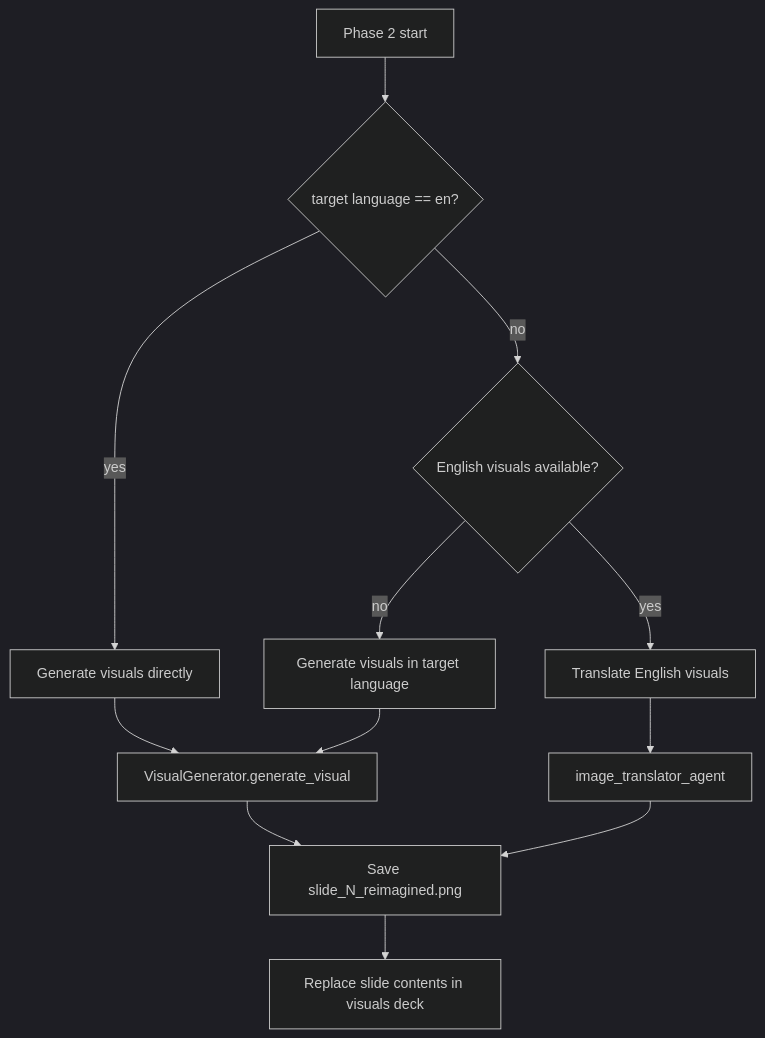
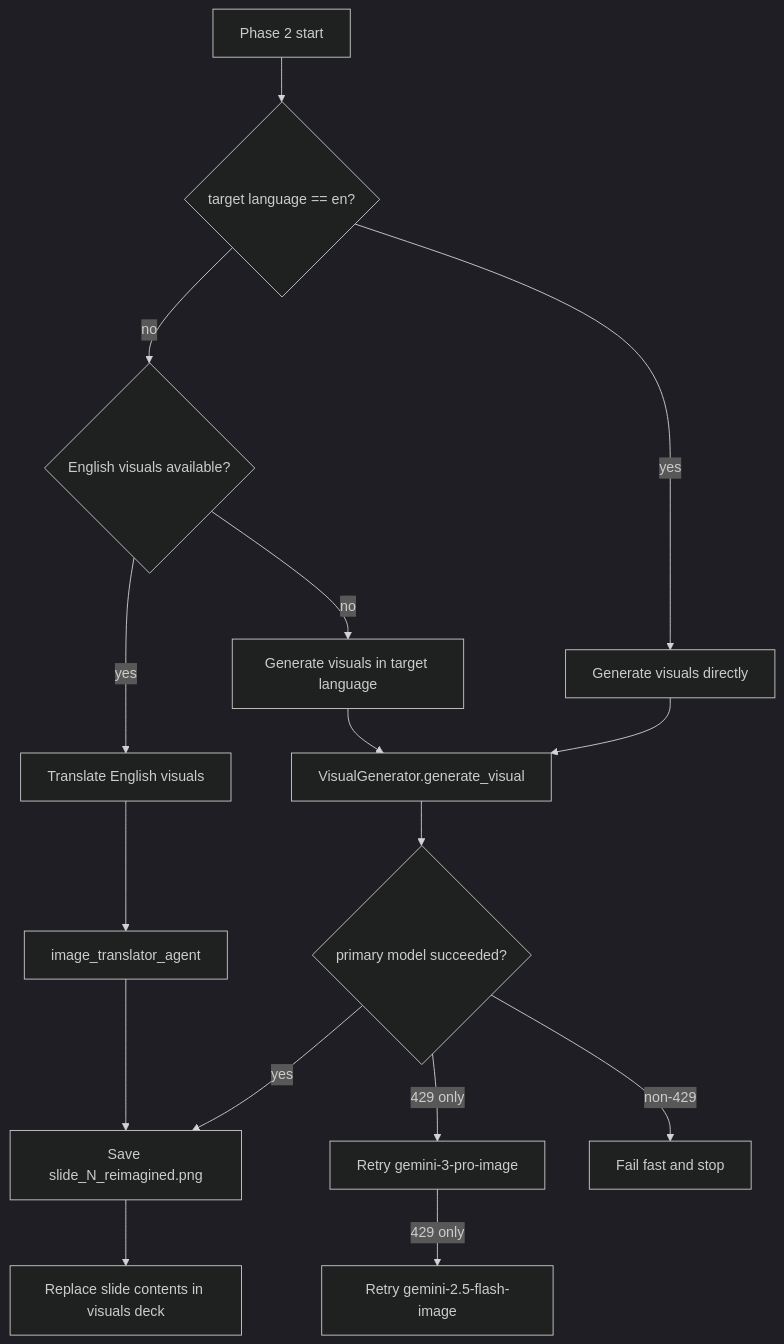
The fourth of 4 diagrams in docs/ARCHITECTURE.md (wongcyrus/gemini-powerpoint-sage), drawn with Mermaid (dark theme) before and after one commit. The commit also changed other lines of this file and 7 other files, not shown here.

````diff
--- a/docs/ARCHITECTURE.md
+++ b/docs/ARCHITECTURE.md
@@ -148,15 +148,19 @@
 ```mermaid
 flowchart TD
     A[Phase 2 start] --> B{target language == en?}
     B -->|yes| C[Generate visuals directly]
     B -->|no| D{English visuals available?}
     D -->|yes| E[Translate English visuals]
     D -->|no| F[Generate visuals in target language]
 
     C --> G[VisualGenerator.generate_visual]
     E --> H[image_translator_agent]
     F --> G
-    G --> I[Save slide_N_reimagined.png]
-    H --> I
-    I --> J[Replace slide contents in visuals deck]
+    G --> I{primary model succeeded?}
+    I -->|yes| J[Save slide_N_reimagined.png]
+    I -->|429 only| K[Retry gemini-3-pro-image]
+    K -->|429 only| L[Retry gemini-2.5-flash-image]
+    I -->|non-429| M[Fail fast and stop]
+    H --> J
+    J --> N[Replace slide contents in visuals deck]
 ```
````
